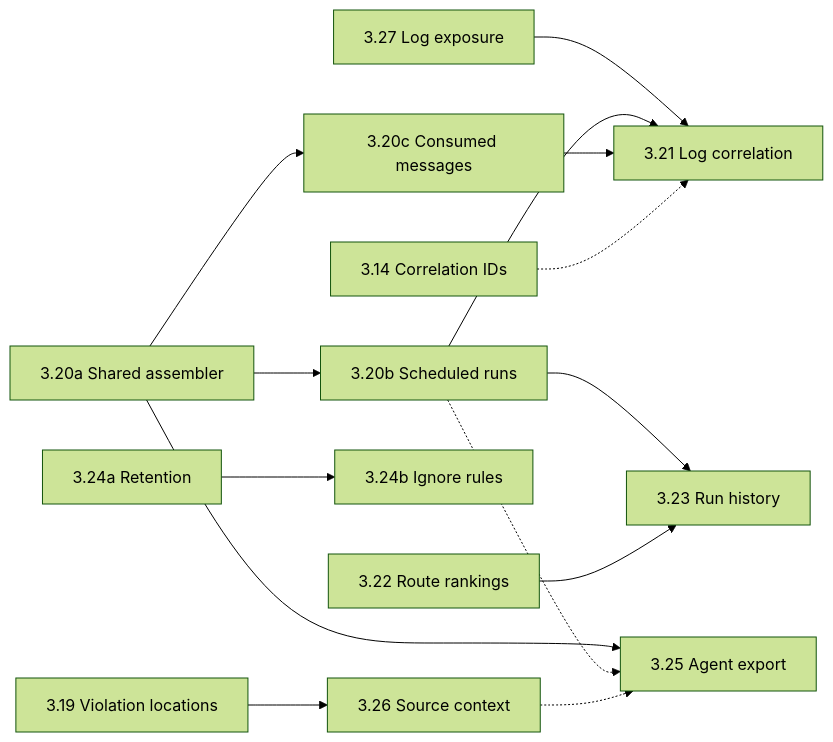
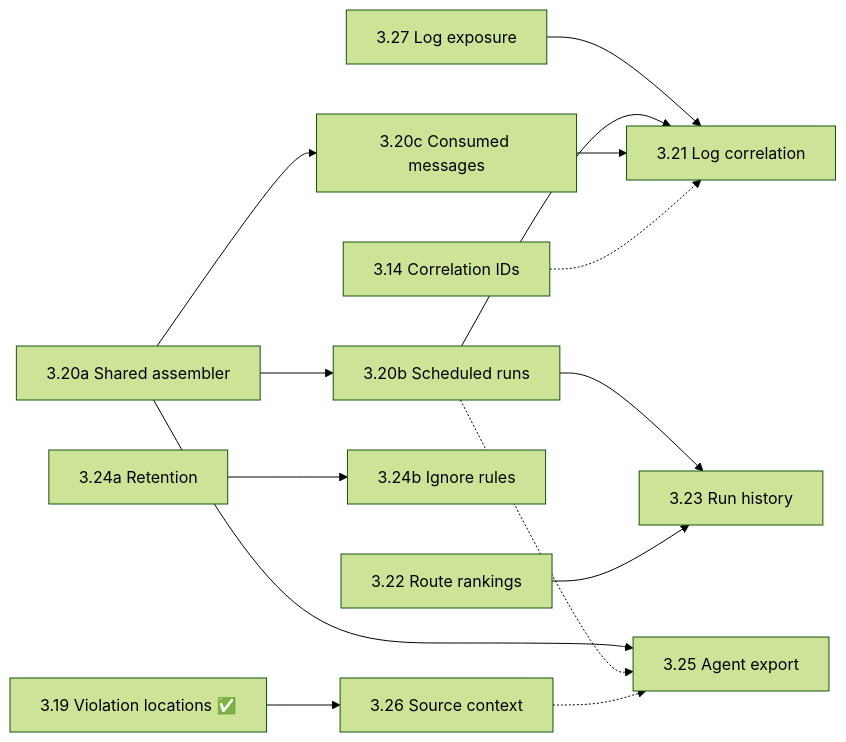
Before and after one commit to jdubois/boot-ui: the diagram in docs/PLAN.md, drawn with Mermaid (forest theme). The commit also changed other lines of this file and 84 other files, not shown here.

First line of the commit message:
feat(advisors): structured violation locations for Architecture, REST API, and Hibernate (§3.19)

````diff
--- a/docs/PLAN.md
+++ b/docs/PLAN.md
@@ -78,16 +77,16 @@
 ```mermaid
 graph LR
   S27["3.27 Log exposure"] --> S21["3.21 Log correlation"]
   S20a["3.20a Shared assembler"] --> S20b["3.20b Scheduled runs"]
   S20a --> S20c["3.20c Consumed messages"]
   S20a --> S25["3.25 Agent export"]
   S20b --> S21
   S20c --> S21
   S20b --> S23["3.23 Run history"]
   S22["3.22 Route rankings"] --> S23
   S24a["3.24a Retention"] --> S24b["3.24b Ignore rules"]
-  S19["3.19 Violation locations"] --> S26["3.26 Source context"]
+  S19["3.19 Violation locations ✅"] --> S26["3.26 Source context"]
   S14["3.14 Correlation IDs"] -.-> S21
   S20b -.-> S25
   S26 -.-> S25
 ```
````
